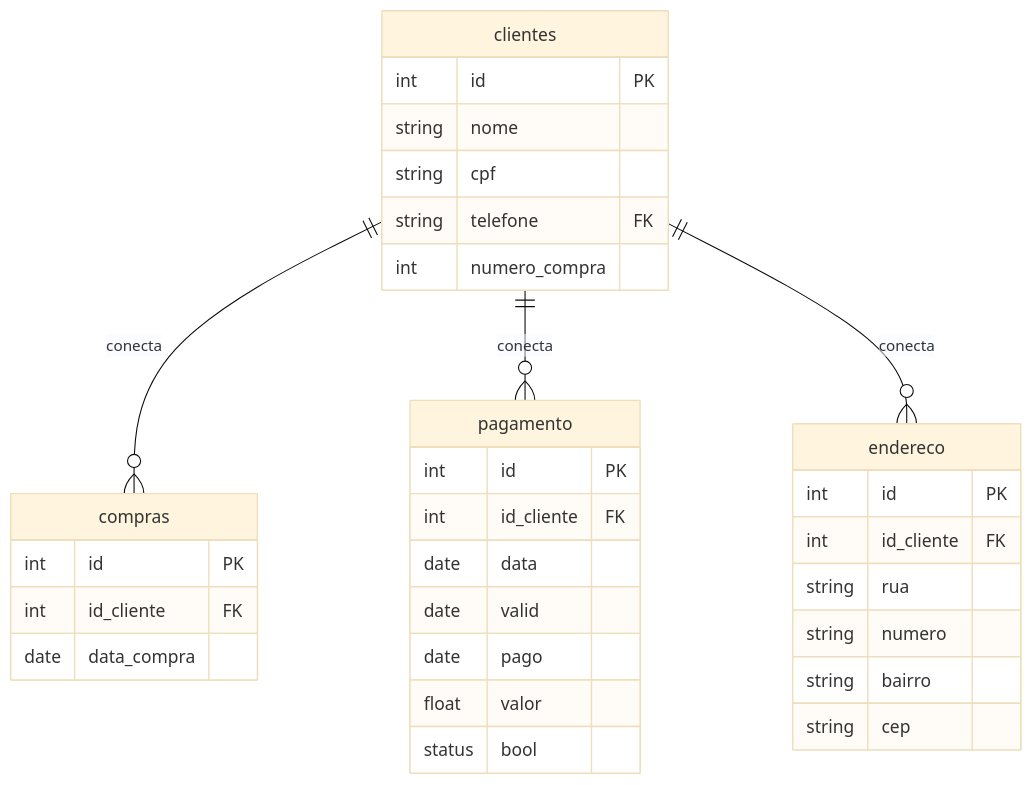
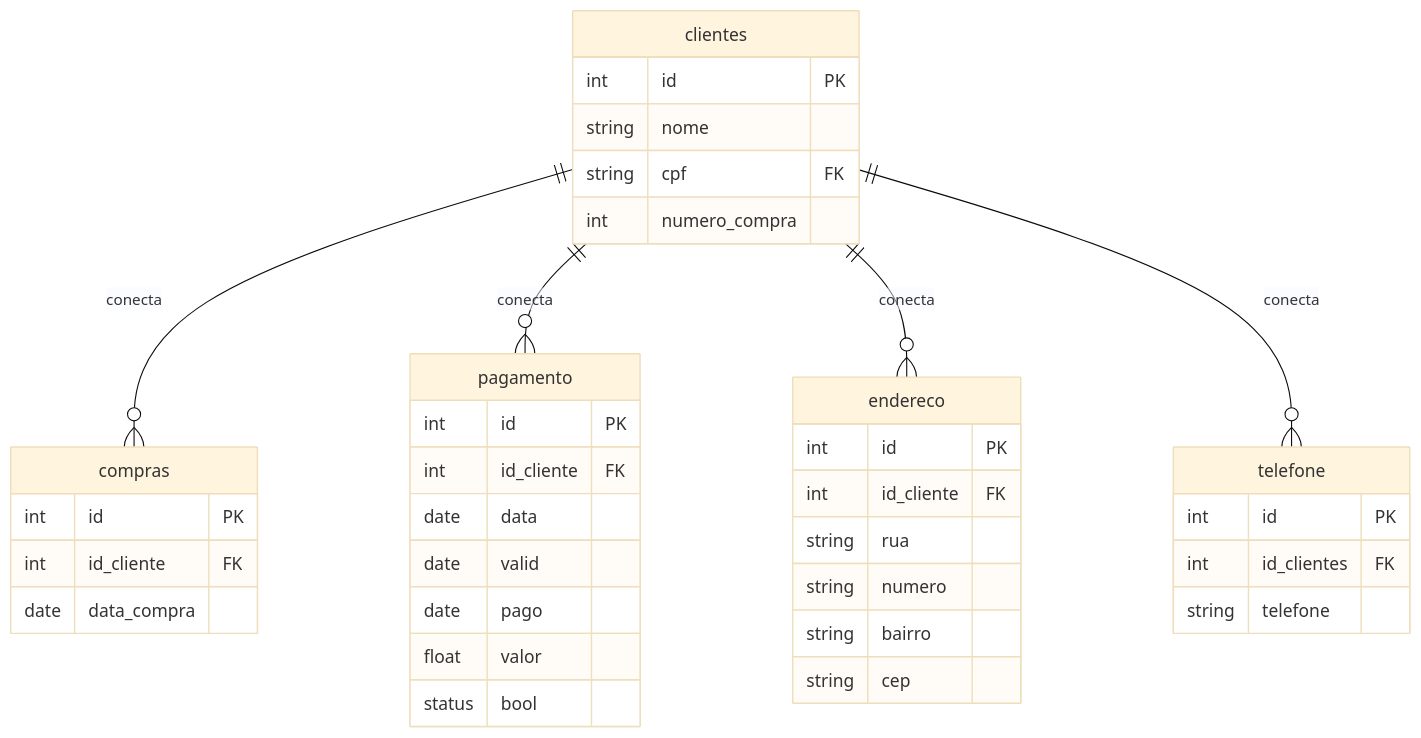
One commit to joaorbm09/banco_de_dados changed the diagram in tbl_clientes_compras.md. Above: the diagram before and after it, drawn with Mermaid (base theme).

Commit message:
atividades de banco de dados

````diff
--- a/tbl_clientes_compras.md
+++ b/tbl_clientes_compras.md
@@ -3,39 +3,45 @@
 ``` mermaid
     erDiagram
         clientes{
             int id PK
             string nome
             string cpf
-            string telefone
             FK int numero_compra
         }
 
     compras { 
         int id PK
         int id_cliente FK
         date data_compra
     }
 
     pagamento{
         int id PK
         int id_cliente FK
         date data
         date valid
         date pago
         float valor
         status bool 
     }
 
     endereco{
         int id PK
         int id_cliente FK
         string rua
         string numero
         string bairro
         string cep
     }
 
+    telefone{
+        int id PK
+        int id_clientes FK
+        string telefone
+    }
+
     clientes ||--o{ compras: "conecta"
     clientes ||--o{ pagamento: "conecta"
     clientes ||--o{ endereco: "conecta"
+    clientes ||--o{ telefone: "conecta"
 ```
````
